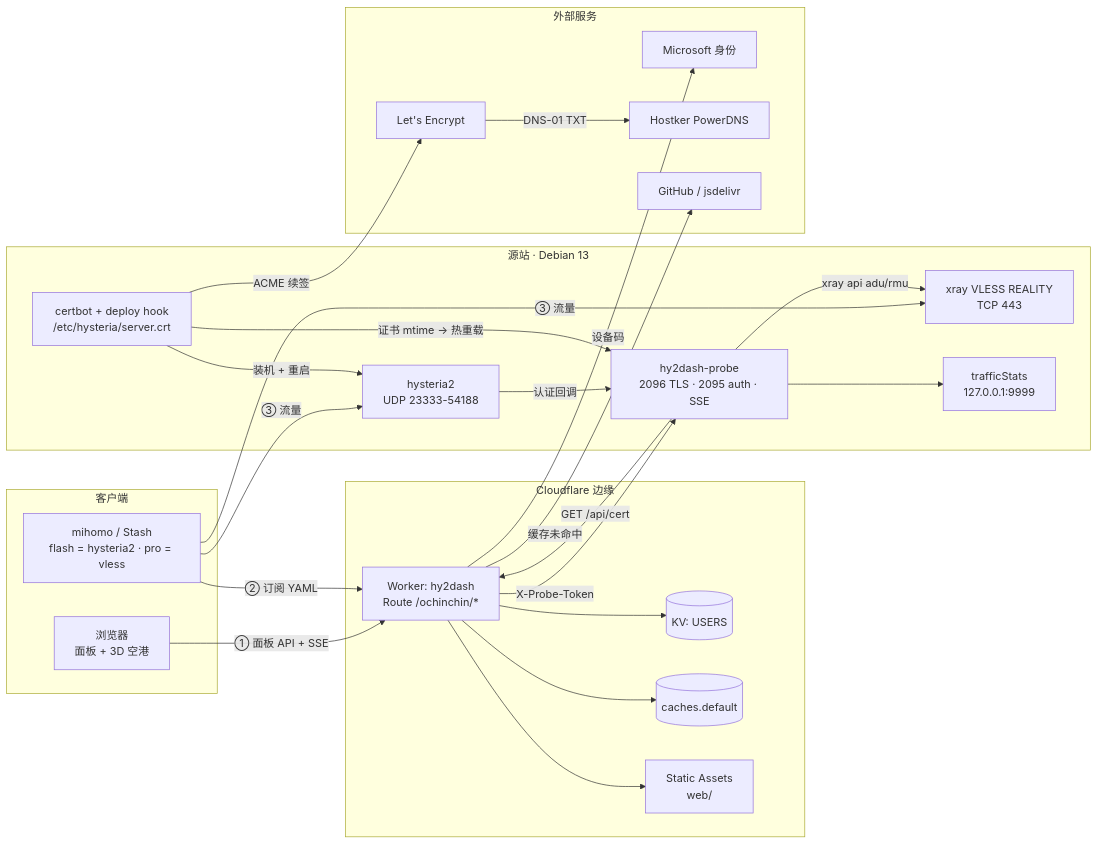
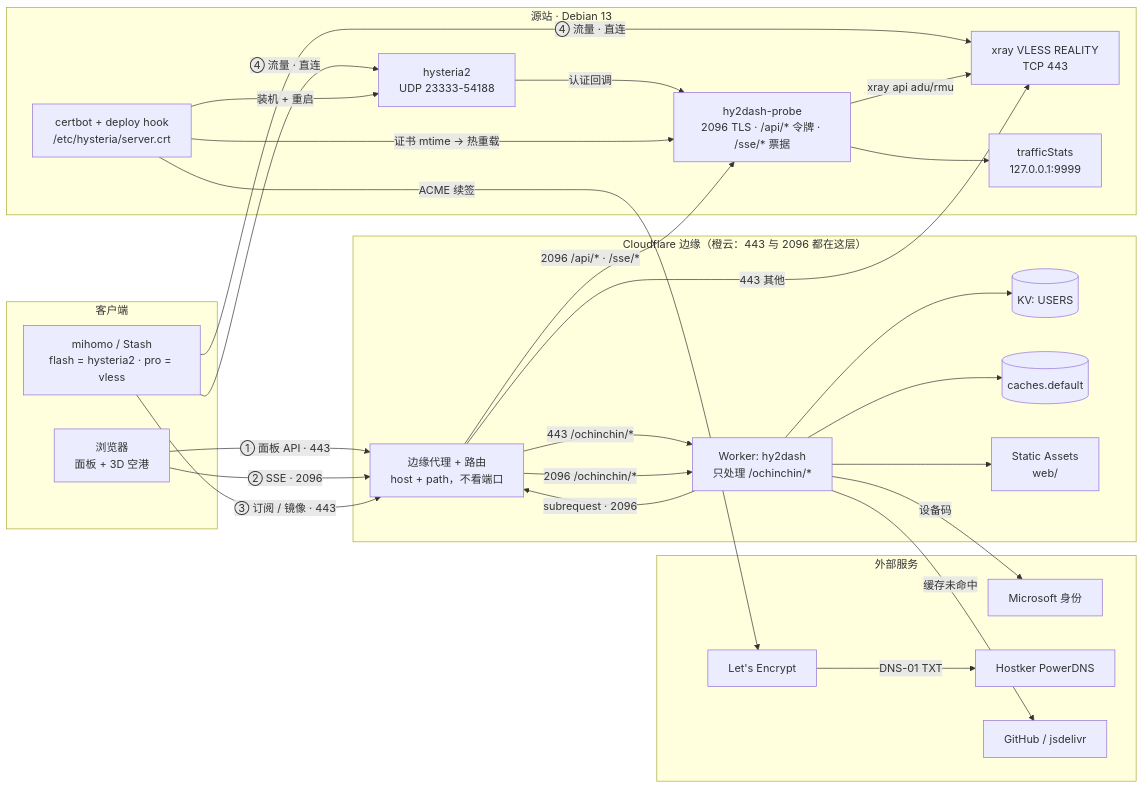
The first of 2 diagrams in README.zh.md (Bemly/hy2dash), drawn with Mermaid before and after one commit. The commit also changed other lines of this file and 1 other file, not shown here.

First line of the commit message:
docs(readme): 按实测更正架构图——SSE 不经 Worker，2096 也走边缘

````diff
--- a/README.zh.md
+++ b/README.zh.md
@@ -95,48 +95,53 @@
 ```mermaid
 flowchart LR
   subgraph CL["客户端"]
     M["mihomo / Stash<br/>flash = hysteria2 · pro = vless"]
     BR["浏览器<br/>面板 + 3D 空港"]
   end
 
-  subgraph CF["Cloudflare 边缘"]
-    W["Worker: hy2dash<br/>Route /ochinchin/*"]
+  subgraph CF["Cloudflare 边缘（橙云：443 与 2096 都在这层）"]
+    EP["边缘代理 + 路由<br/>host + path，不看端口"]
+    W["Worker: hy2dash<br/>只处理 /ochinchin/*"]
     KV[("KV: USERS")]
     EDGE[("caches.default")]
     AS["Static Assets<br/>web/"]
   end
 
   subgraph OR["源站 · Debian 13"]
-    P["hy2dash-probe<br/>2096 TLS · 2095 auth · SSE"]
+    P["hy2dash-probe<br/>2096 TLS · /api/* 令牌 · /sse/* 票据"]
     HY["hysteria2<br/>UDP 23333-54188"]
     XR["xray VLESS REALITY<br/>TCP 443"]
     ST["trafficStats<br/>127.0.0.1:9999"]
     CT["certbot + deploy hook<br/>/etc/hysteria/server.crt"]
   end
 
   subgraph EX["外部服务"]
     MS["Microsoft 身份"]
     LE["Let's Encrypt"]
     PD["Hostker PowerDNS"]
     GH["GitHub / jsdelivr"]
   end
 
-  BR -->|"① 面板 API + SSE"| W
-  M -->|"② 订阅 YAML"| W
-  M -->|"③ 流量"| HY
-  M -->|"③ 流量"| XR
+  BR -->|"① 面板 API · 443"| EP
+  BR -->|"② SSE · 2096"| EP
+  M -->|"③ 订阅 / 镜像 · 443"| EP
+  M -->|"④ 流量 · 直连"| HY
+  M -->|"④ 流量 · 直连"| XR
+  EP -->|"443 /ochinchin/*"| W
+  EP -->|"2096 /ochinchin/*"| W
+  EP -->|"443 其他"| XR
+  EP -->|"2096 /api/* · /sse/*"| P
   W --> AS
   W --> KV
   W --> EDGE
-  W -->|"X-Probe-Token"| P
+  W -->|"subrequest · 2096"| EP
   W -->|"设备码"| MS
   W -->|"缓存未命中"| GH
   HY -->|"认证回调"| P
   P --> ST
   P -->|"xray api adu/rmu"| XR
-  P -->|"GET /api/cert"| W
   CT -->|"ACME 续签"| LE
   LE -->|"DNS-01 TXT"| PD
   CT -->|"装机 + 重启"| HY
   CT -->|"证书 mtime → 热重载"| P
 ```
````
